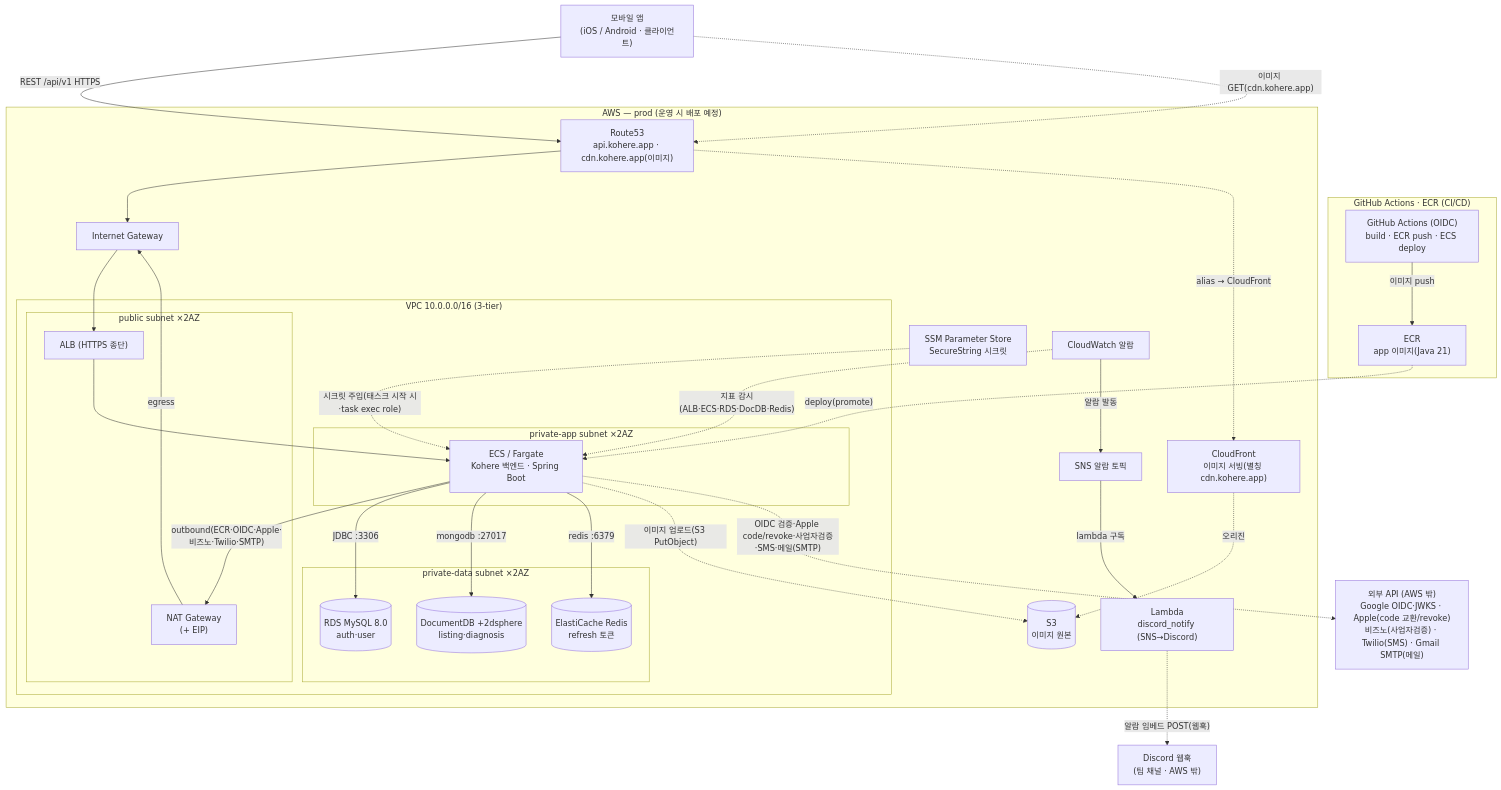
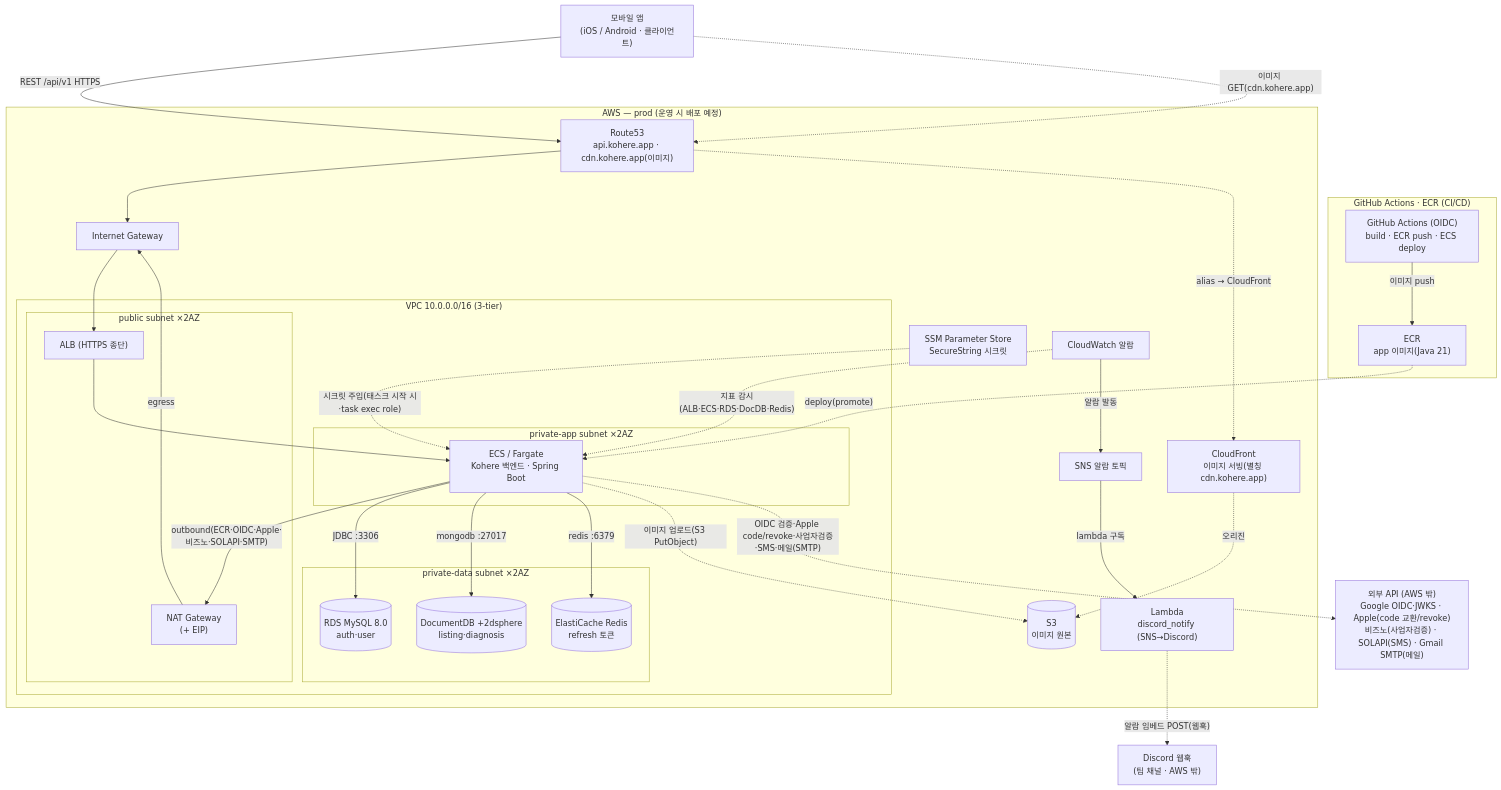
One commit to jameskim9509/Kohere-backend changed the fourth of 5 diagrams in docs/architecture/system-overview.md. Above: the diagram before and after it, drawn with Mermaid. The commit also changed other lines of this file and 18 other files, not shown here.

First line of the commit message:
refactor(auth): 연락처 SMS provider를 SOLAPI(국내 SMS API)로 전환

````diff
--- a/docs/architecture/system-overview.md
+++ b/docs/architecture/system-overview.md
@@ -185,58 +185,58 @@
 ```mermaid
 flowchart TB
     APP["모바일 앱<br/>(iOS / Android · 클라이언트)"]
-    EXT["외부 API (AWS 밖)<br/>Google OIDC·JWKS · Apple(code 교환/revoke)<br/>비즈노(사업자검증) · Twilio(SMS) · Gmail SMTP(메일)"]
+    EXT["외부 API (AWS 밖)<br/>Google OIDC·JWKS · Apple(code 교환/revoke)<br/>비즈노(사업자검증) · SOLAPI(SMS) · Gmail SMTP(메일)"]
     DISCORD["Discord 웹훅<br/>(팀 채널 · AWS 밖)"]
 
     subgraph CICD["GitHub Actions · ECR (CI/CD)"]
       GHA["GitHub Actions (OIDC)<br/>build · ECR push · ECS deploy"]
       ECR["ECR<br/>app 이미지(Java 21)"]
     end
 
     subgraph AWS["AWS — prod (운영 시 배포 예정)"]
       R53["Route53<br/>api.kohere.app · cdn.kohere.app(이미지)"]
       CF["CloudFront<br/>이미지 서빙(별칭 cdn.kohere.app)"]
       S3IMG[("S3<br/>이미지 원본")]
       SSM["SSM Parameter Store<br/>SecureString 시크릿"]
       CW["CloudWatch 알람"]
       SNS["SNS 알람 토픽"]
       LMBD["Lambda<br/>discord_notify (SNS→Discord)"]
       IGW["Internet Gateway"]
       subgraph VPC["VPC 10.0.0.0/16 (3-tier)"]
         subgraph PUB["public subnet ×2AZ"]
           ALB["ALB (HTTPS 종단)"]
           NAT["NAT Gateway<br/>(+ EIP)"]
         end
         subgraph APPNET["private-app subnet ×2AZ"]
           FARGATE["ECS / Fargate<br/>Kohere 백엔드 · Spring Boot"]
         end
         subgraph DATANET["private-data subnet ×2AZ"]
           RDS[("RDS MySQL 8.0<br/>auth·user")]
           MONGO[("DocumentDB +2dsphere<br/>listing·diagnosis")]
           ELASTI[("ElastiCache Redis<br/>refresh 토큰")]
         end
       end
     end
 
     GHA -- "이미지 push" --> ECR
     ECR -. "deploy(promote)" .-> FARGATE
     APP -- "REST /api/v1 HTTPS" --> R53
     R53 --> IGW
     IGW --> ALB
     ALB --> FARGATE
-    FARGATE -- "outbound(ECR·OIDC·Apple·비즈노·Twilio·SMTP)" --> NAT
+    FARGATE -- "outbound(ECR·OIDC·Apple·비즈노·SOLAPI·SMTP)" --> NAT
     NAT -- "egress" --> IGW
     SSM -. "시크릿 주입(태스크 시작 시·task exec role)" .-> FARGATE
     FARGATE -- "JDBC :3306" --> RDS
     FARGATE -- "mongodb :27017" --> MONGO
     FARGATE -- "redis :6379" --> ELASTI
     FARGATE -. "이미지 업로드(S3 PutObject)" .-> S3IMG
     CF -. "오리진" .-> S3IMG
     APP -. "이미지 GET(cdn.kohere.app)" .-> R53
     R53 -. "alias → CloudFront" .-> CF
     FARGATE -. "OIDC 검증·Apple code/revoke·사업자검증·SMS·메일(SMTP)" .-> EXT
     CW -. "지표 감시(ALB·ECS·RDS·DocDB·Redis)" .-> FARGATE
     CW -- "알람 발동" --> SNS
     SNS -- "lambda 구독" --> LMBD
     LMBD -. "알람 임베드 POST(웹훅)" .-> DISCORD
 ```
````
